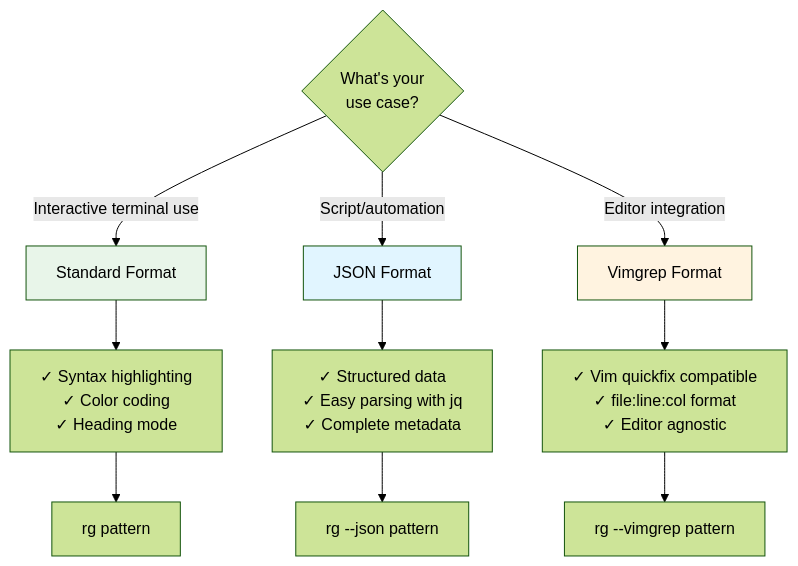
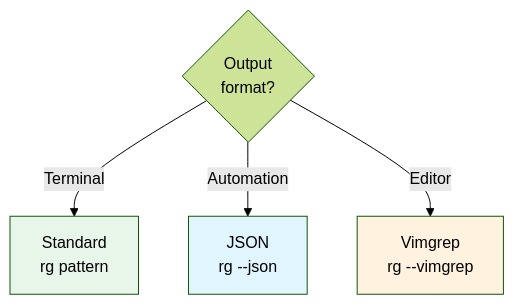
The first of 2 diagrams in docs/output-formats.md (iepathos/ripgrep), drawn with Mermaid (forest theme) before and after one commit. The commit also changed 1 other file, not shown here.

Commit message:
fix: improve Mermaid diagram readability
Resolved all error-level diagram width issues:
- docs/compressed-files.md: Convert TD to LR for wide tree with 6 parallel branches
- docs/output-formats.md: Simplify decision tree by removing intermediate nodes and shortening labels

Changes reduce diagram widths to acceptable levels for mkdocs viewport.

````diff
--- a/docs/output-formats.md
+++ b/docs/output-formats.md
@@ -13,27 +13,16 @@
 ```mermaid
 flowchart TD
-    Start{"What's your
-use case?"}
+    Start{"Output
+format?"}
 
-    Start -->|Interactive terminal use| Human[Standard Format]
-    Start -->|Script/automation| Machine[JSON Format]
-    Start -->|Editor integration| Editor[Vimgrep Format]
-
-    Human --> Features1["✓ Syntax highlighting
-✓ Color coding
-✓ Heading mode"]
-    Machine --> Features2["✓ Structured data
-✓ Easy parsing with jq
-✓ Complete metadata"]
-    Editor --> Features3["✓ Vim quickfix compatible
-✓ file:line:col format
-✓ Editor agnostic"]
-
-    Features1 --> Cmd1["rg pattern"]
-    Features2 --> Cmd2["rg --json pattern"]
-    Features3 --> Cmd3["rg --vimgrep pattern"]
+    Start -->|Terminal| Human["Standard
+rg pattern"]
+    Start -->|Automation| Machine["JSON
+rg --json"]
+    Start -->|Editor| Editor["Vimgrep
+rg --vimgrep"]
 
     style Human fill:#e8f5e9
     style Machine fill:#e1f5ff
     style Editor fill:#fff3e0
 ```
````
